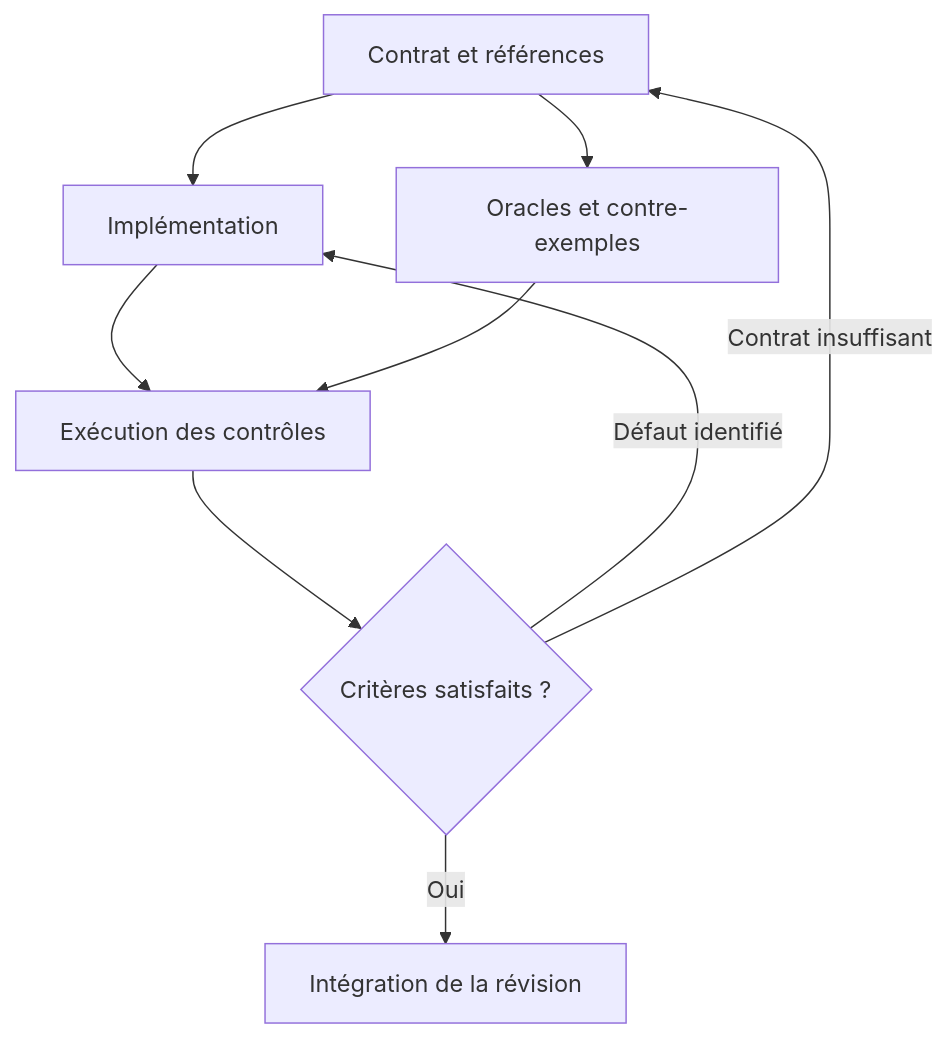
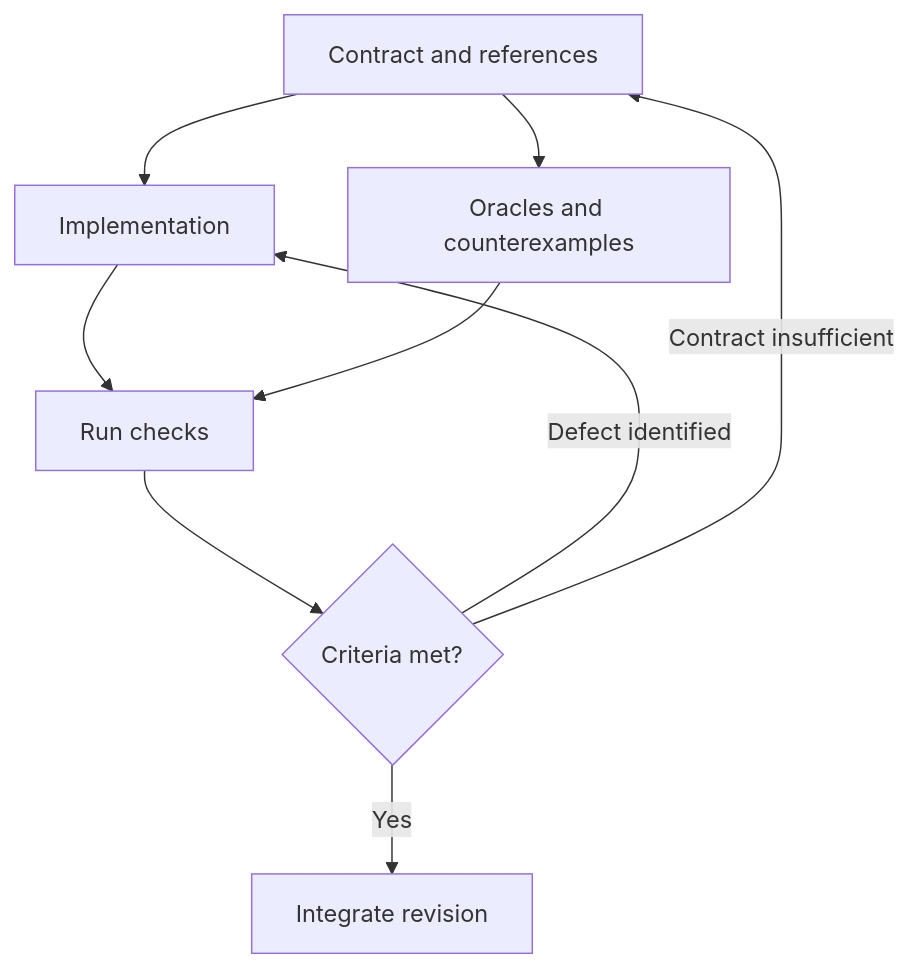
One commit to jeffwitz/SolidCraftTrivariate changed the diagram in ArtcratAdaptation.md. Above: the diagram before and after it, drawn with Mermaid. The commit also changed other lines of this file and 42 other files, not shown here.

````diff
--- a/ArtcratAdaptation.md
+++ b/ArtcratAdaptation.md
@@ -102,18 +68,18 @@
 ```mermaid
 flowchart TD
-    C["Contrat et références"]
-    I["Implémentation"]
-    O["Oracles et contre-exemples"]
-    E["Exécution des contrôles"]
-    R{"Critères satisfaits ?"}
-    M["Intégration de la révision"]
+    C["Contract and references"]
+    I["Implementation"]
+    O["Oracles and counterexamples"]
+    E["Run checks"]
+    R{"Criteria met?"}
+    M["Integrate revision"]
 
     C --> I
     C --> O
     I --> E
     O --> E
     E --> R
-    R -->|Oui| M
-    R -->|Défaut identifié| I
-    R -->|Contrat insuffisant| C
+    R -->|Yes| M
+    R -->|Defect identified| I
+    R -->|Contract insufficient| C
 ```
````
